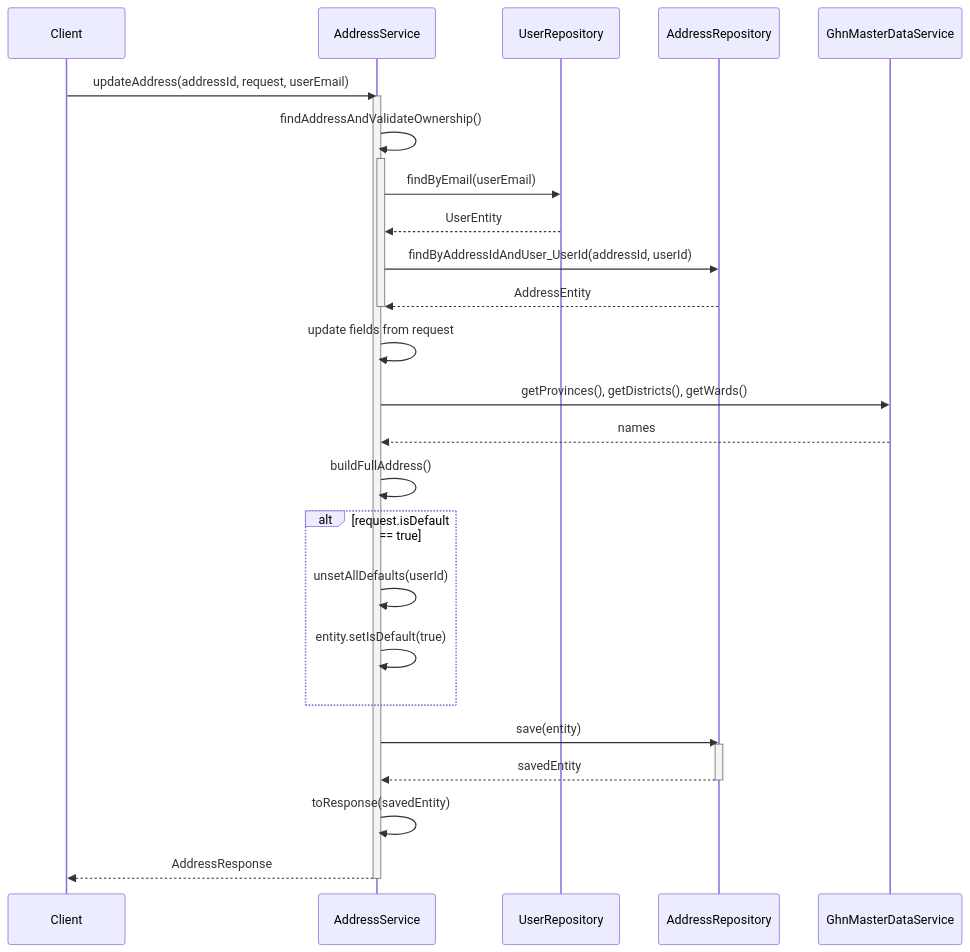
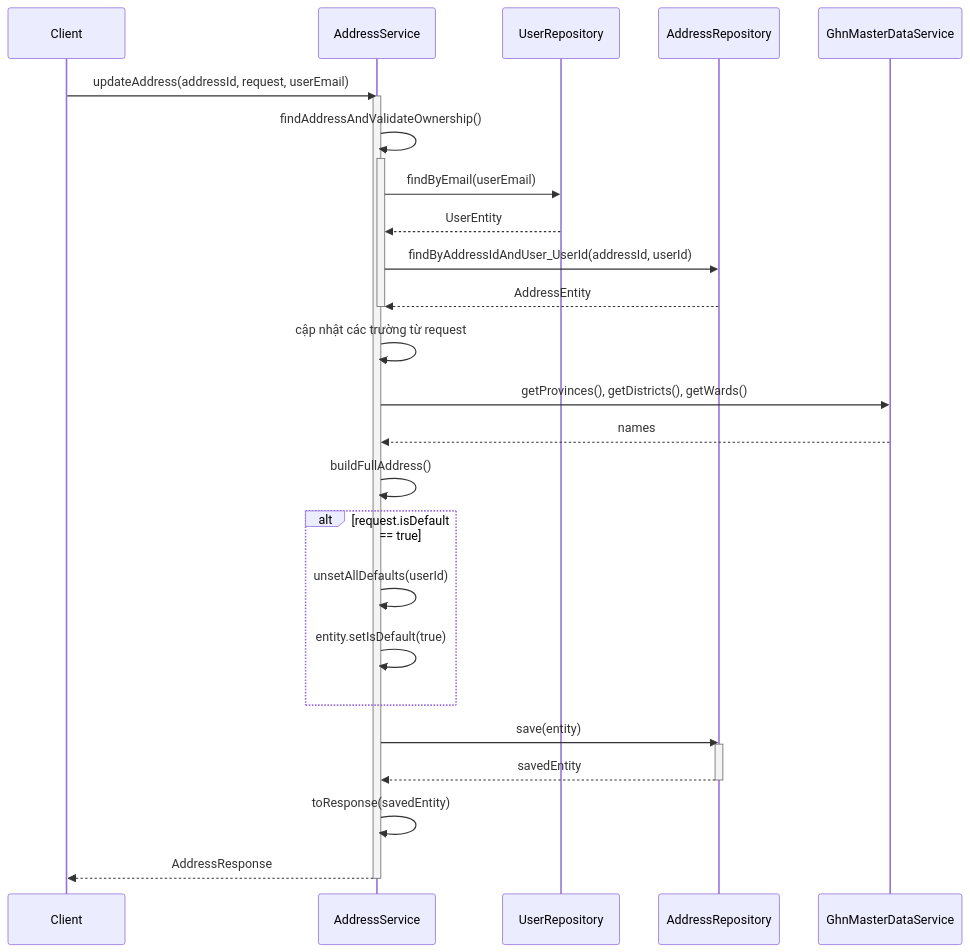
The third of 5 diagrams in .agent/sequence/address_service_sequence_diagrams.md (aquoc09/easymall), drawn with Mermaid before and after one commit. The commit also changed other lines of this file and 18 other files, not shown here.

Commit message:
UPDATE: Sequence diagram vietnamese

````diff
--- a/.agent/sequence/address_service_sequence_diagrams.md
+++ b/.agent/sequence/address_service_sequence_diagrams.md
@@ -110,41 +110,41 @@
 ```mermaid
 sequenceDiagram
     participant Client
     participant AddressService
     participant UserRepository
     participant AddressRepository
     participant GhnMasterDataService
 
     Client->>AddressService: updateAddress(addressId, request, userEmail)
     activate AddressService
     
     AddressService->>AddressService: findAddressAndValidateOwnership()
     activate AddressService
     AddressService->>UserRepository: findByEmail(userEmail)
     UserRepository-->>AddressService: UserEntity
     AddressService->>AddressRepository: findByAddressIdAndUser_UserId(addressId, userId)
     AddressRepository-->>AddressService: AddressEntity
     deactivate AddressService
 
-    AddressService->>AddressService: update fields from request
+    AddressService->>AddressService: cập nhật các trường từ request
 
     AddressService->>GhnMasterDataService: getProvinces(), getDistricts(), getWards()
     GhnMasterDataService-->>AddressService: names
     
     AddressService->>AddressService: buildFullAddress()
 
     alt request.isDefault == true
         AddressService->>AddressService: unsetAllDefaults(userId)
         AddressService->>AddressService: entity.setIsDefault(true)
     end
 
     AddressService->>AddressRepository: save(entity)
     activate AddressRepository
     AddressRepository-->>AddressService: savedEntity
     deactivate AddressRepository
 
     AddressService->>AddressService: toResponse(savedEntity)
     
     AddressService-->>Client: AddressResponse
     deactivate AddressService
 ```
````
